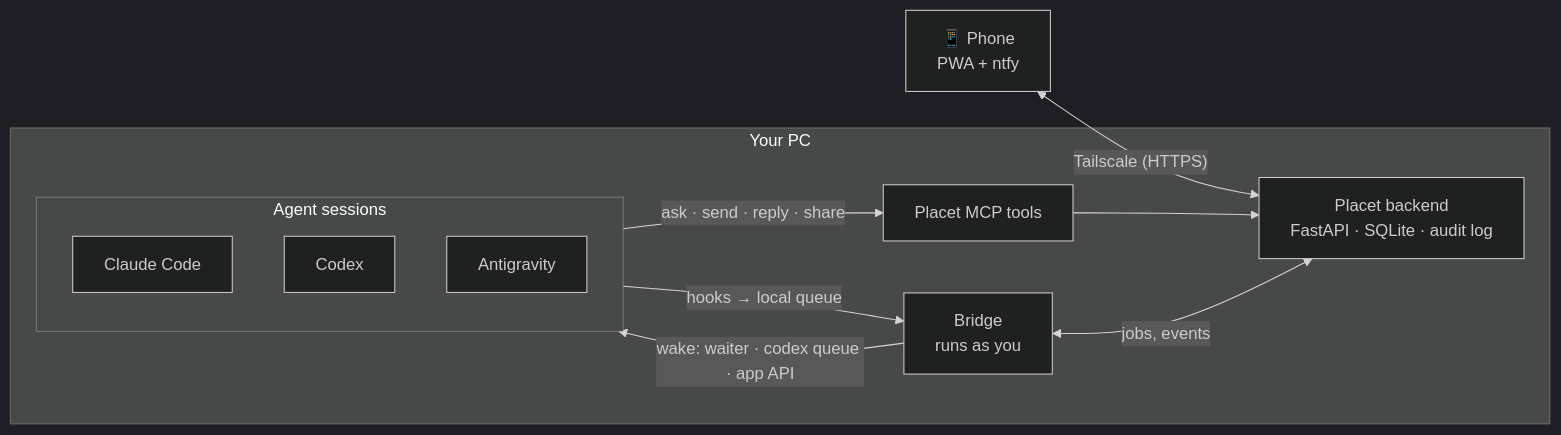
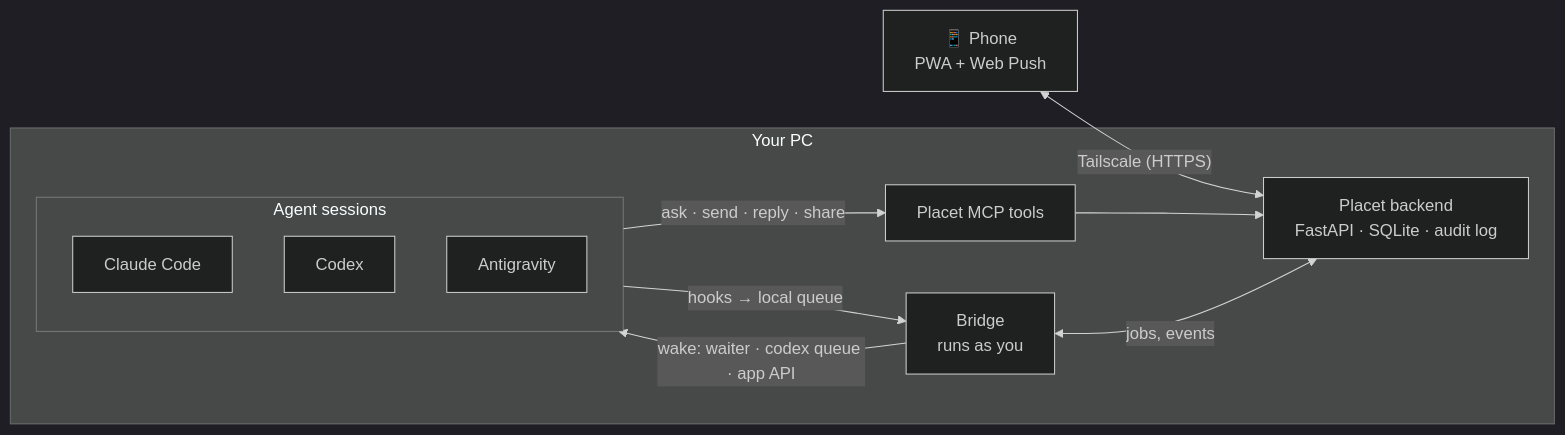
Before and after one commit to Pablo-gitub/Placet: the diagram in README.md, drawn with Mermaid (dark theme). The commit also changed 3 other files, not shown here.

First line of the commit message:
docs: sender identification and Web Push as default notifications (#15)

````diff
--- a/README.md
+++ b/README.md
@@ -77,19 +77,19 @@
 ```mermaid
 flowchart LR
-    phone["📱 Phone<br/>PWA + ntfy"]
+    phone["📱 Phone<br/>PWA + Web Push"]
     subgraph pc["Your PC"]
         backend["Placet backend<br/>FastAPI · SQLite · audit log"]
         bridge["Bridge<br/>runs as you"]
         mcp["Placet MCP tools"]
         subgraph agents["Agent sessions"]
             claude["Claude Code"]
             codex["Codex"]
             agy["Antigravity"]
         end
     end
     phone <-- "Tailscale (HTTPS)" --> backend
     agents -- "hooks → local queue" --> bridge
     agents -- "ask · send · reply · share" --> mcp --> backend
     bridge <-- "jobs, events" --> backend
     bridge -- "wake: waiter · codex queue · app API" --> agents
 ```
````
